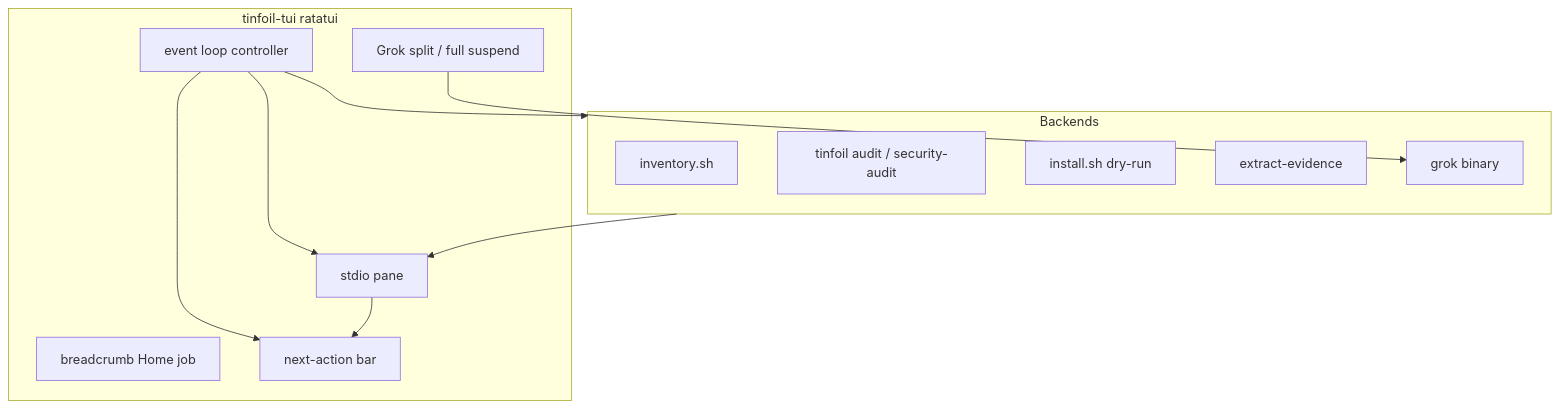
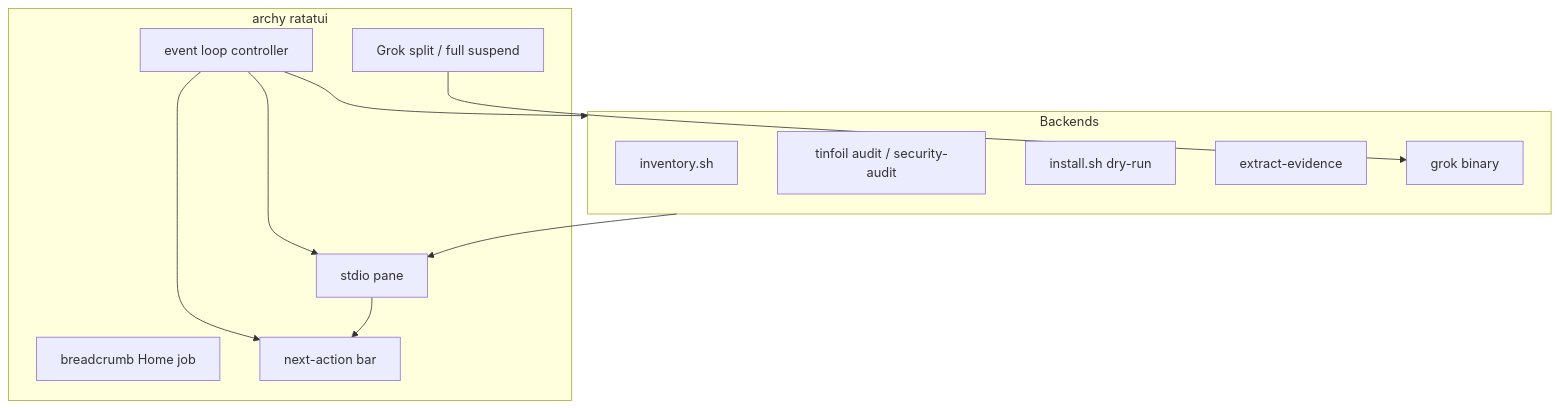
The fourth of 7 diagrams in arch-design/coming-next.md (p10ns11y/arch-machine), drawn with Mermaid before and after one commit. The commit also changed other lines of this file and 22 other files, not shown here.

````diff
--- a/arch-design/coming-next.md
+++ b/arch-design/coming-next.md
@@ -227,23 +233,23 @@
 ```mermaid
 flowchart TB
-  subgraph rust [tinfoil-tui ratatui]
+  subgraph rust [archy ratatui]
     Loop[event loop controller]
     Crumb[breadcrumb Home job]
     Out[stdio pane]
     Next[next-action bar]
     GrokDock[Grok split / full suspend]
   end
   subgraph be [Backends]
     inv[inventory.sh]
     audit[tinfoil audit / security-audit]
     install[install.sh dry-run]
     evidence[extract-evidence]
     grokBin[grok binary]
   end
   Loop --> Out
   Loop --> Next
   Loop --> be
   GrokDock --> grokBin
   be --> Out
   Out --> Next
 ```
````
